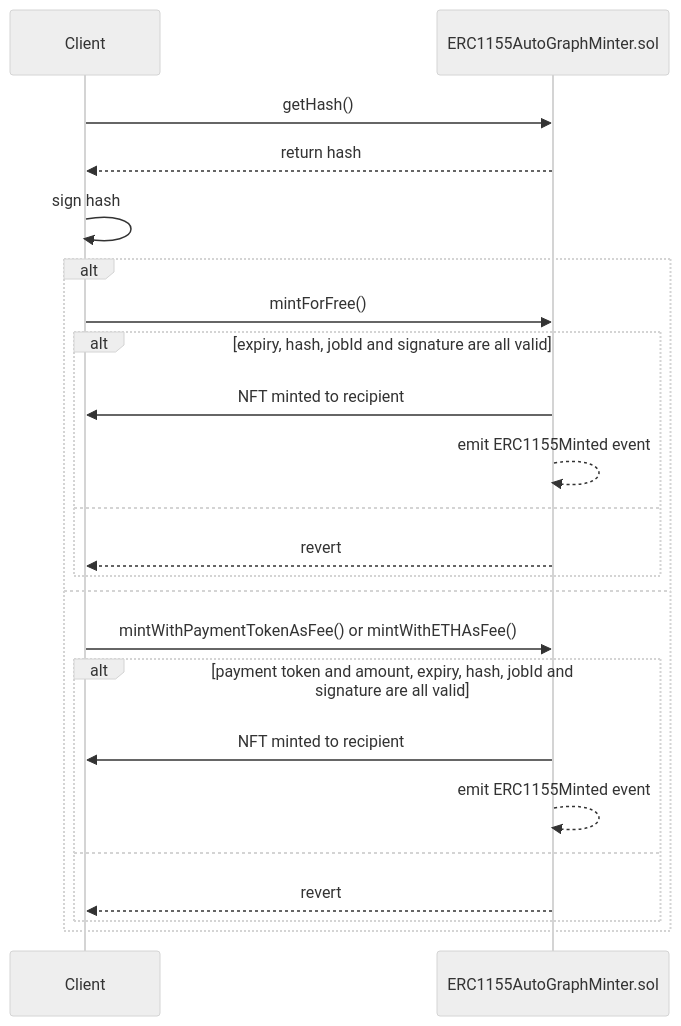
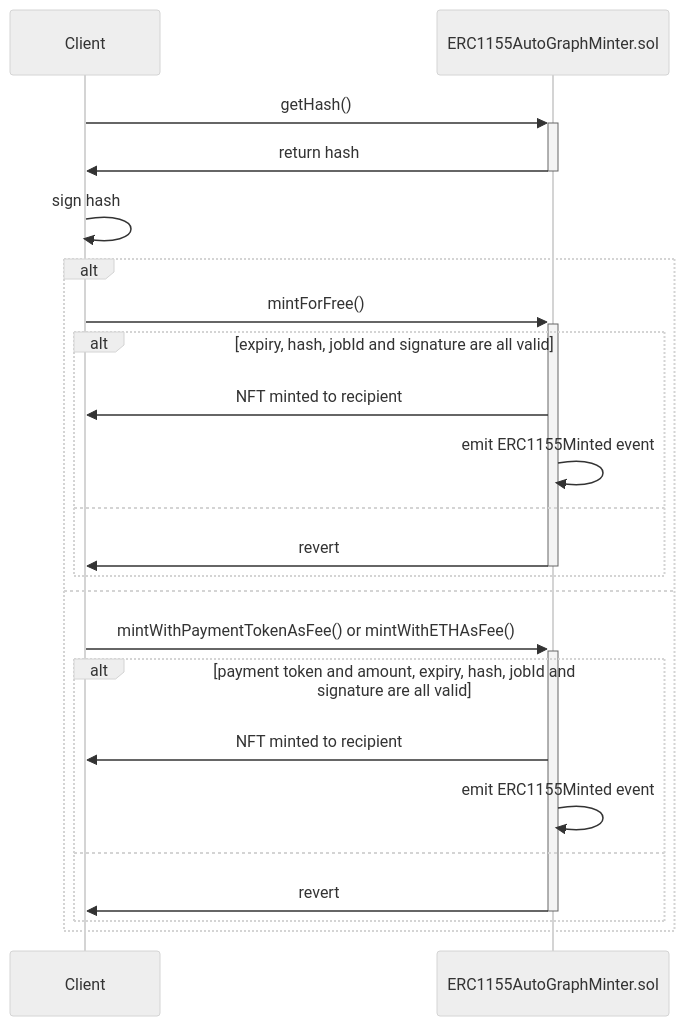
Before and after one commit to ZTX-Foundation/tuxedo: the diagram in doc/features/Crafting.md, drawn with Mermaid (neutral theme). The commit also changed 17 other files, not shown here.

````diff
--- a/doc/features/Crafting.md
+++ b/doc/features/Crafting.md
@@ -28,26 +28,26 @@
 ```mermaid
 sequenceDiagram
     participant Client
     participant ERC1155AutoGraphMinter.sol
-    Client->>ERC1155AutoGraphMinter.sol: getHash()
-    ERC1155AutoGraphMinter.sol-->>Client: return hash
+    Client->>+ERC1155AutoGraphMinter.sol: getHash()
+    ERC1155AutoGraphMinter.sol->>-Client: return hash
     Client->>Client: sign hash
     
     alt
-        Client->>ERC1155AutoGraphMinter.sol: mintForFree()
+        Client->>+ERC1155AutoGraphMinter.sol: mintForFree()
         alt expiry, hash, jobId and signature are all valid
             ERC1155AutoGraphMinter.sol->>Client: NFT minted to recipient
-            ERC1155AutoGraphMinter.sol-->>ERC1155AutoGraphMinter.sol: emit ERC1155Minted event
+            ERC1155AutoGraphMinter.sol->>ERC1155AutoGraphMinter.sol: emit ERC1155Minted event
         else
-            ERC1155AutoGraphMinter.sol-->>Client: revert
+            ERC1155AutoGraphMinter.sol->>-Client: revert
         end
     else
-        Client->>ERC1155AutoGraphMinter.sol: mintWithPaymentTokenAsFee() or mintWithETHAsFee()
+        Client->>+ERC1155AutoGraphMinter.sol: mintWithPaymentTokenAsFee() or mintWithETHAsFee()
         alt payment token and amount, expiry, hash, jobId and signature are all valid
             ERC1155AutoGraphMinter.sol->>Client: NFT minted to recipient
-            ERC1155AutoGraphMinter.sol-->>ERC1155AutoGraphMinter.sol: emit ERC1155Minted event
+            ERC1155AutoGraphMinter.sol->>ERC1155AutoGraphMinter.sol: emit ERC1155Minted event
         else
-            ERC1155AutoGraphMinter.sol-->>Client: revert
+            ERC1155AutoGraphMinter.sol->>-Client: revert
         end
     end
 ```
````
